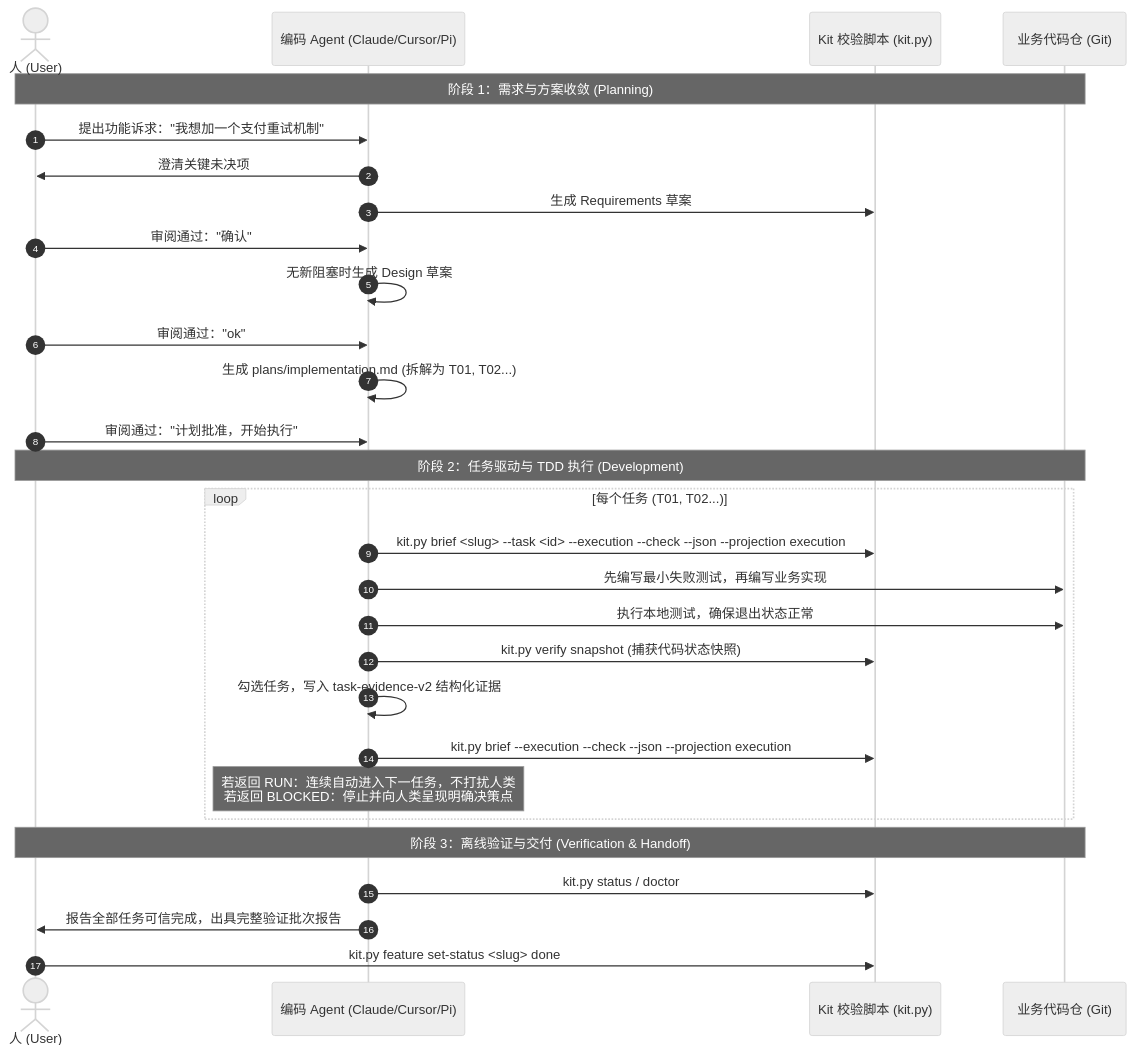
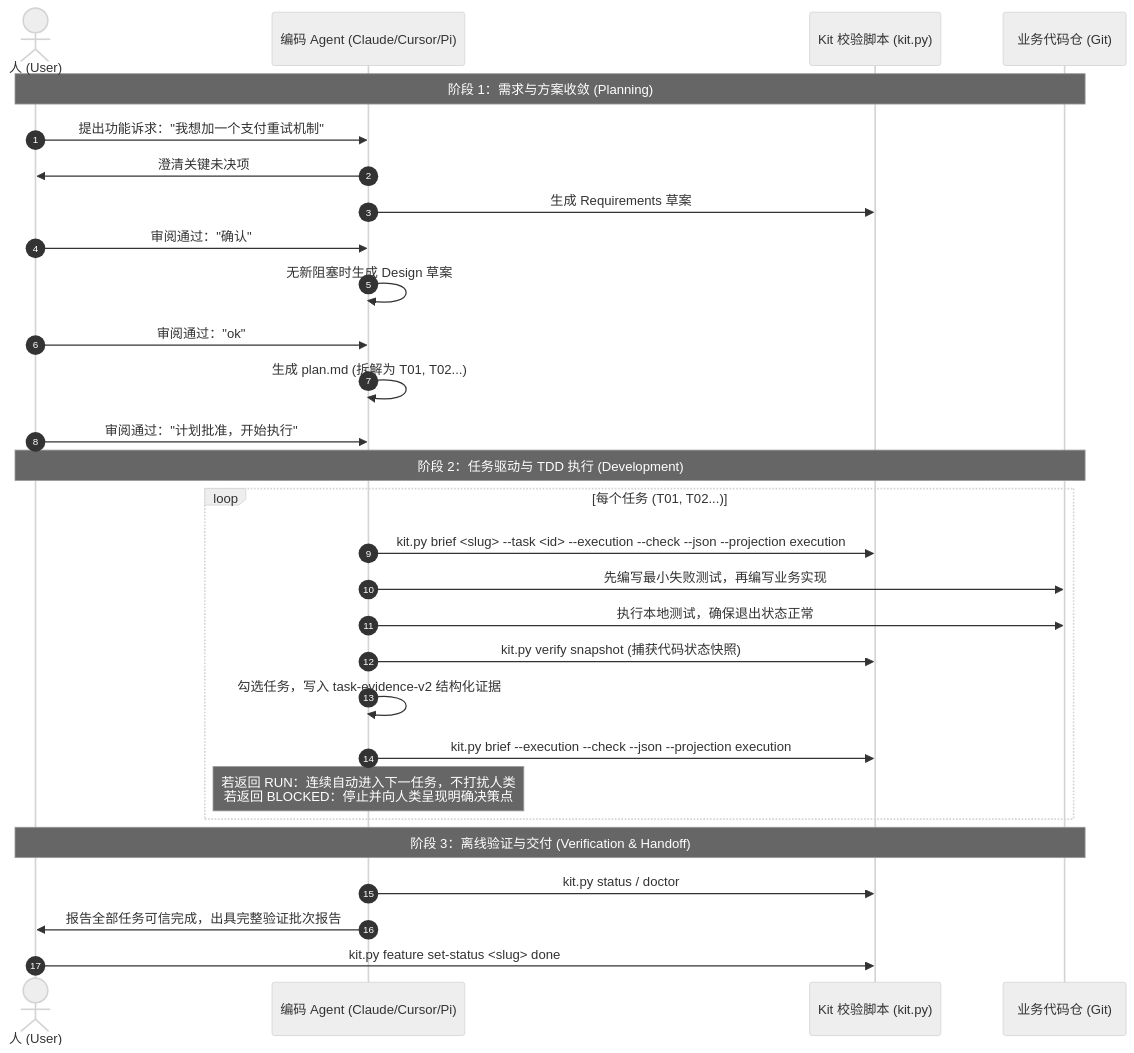
One commit to sandy-hmb/agent-workbench changed the second of 2 diagrams in docs/guides/first-feature.md. Above: the diagram before and after it, drawn with Mermaid (neutral theme). The commit also changed other lines of this file and 33 other files, not shown here.

````diff
--- a/docs/guides/first-feature.md
+++ b/docs/guides/first-feature.md
@@ -47,34 +53,34 @@
 ```mermaid
 sequenceDiagram
     autonumber
     actor H as 人 (User)
     participant A as 编码 Agent (Claude/Cursor/Pi)
     participant K as Kit 校验脚本 (kit.py)
     participant R as 业务代码仓 (Git)
 
     Note over H, R: 阶段 1：需求与方案收敛 (Planning)
     H->>A: 提出功能诉求："我想加一个支付重试机制"
     A->>H: 澄清关键未决项
     A->>K: 生成 Requirements 草案
     H->>A: 审阅通过："确认"
     A->>A: 无新阻塞时生成 Design 草案
     H->>A: 审阅通过："ok"
-    A->>A: 生成 plans/implementation.md (拆解为 T01, T02...)
+    A->>A: 生成 plan.md (拆解为 T01, T02...)
     H->>A: 审阅通过："计划批准，开始执行"
 
     Note over H, R: 阶段 2：任务驱动与 TDD 执行 (Development)
     loop 每个任务 (T01, T02...)
         A->>K: kit.py brief <slug> --task <id> --execution --check --json --projection execution
         A->>R: 先编写最小失败测试，再编写业务实现
         A->>R: 执行本地测试，确保退出状态正常
         A->>K: kit.py verify snapshot (捕获代码状态快照)
         A->>A: 勾选任务，写入 task-evidence-v2 结构化证据
         A->>K: kit.py brief --execution --check --json --projection execution
         Note over A: 若返回 RUN：连续自动进入下一任务，不打扰人类<br>若返回 BLOCKED：停止并向人类呈现明确决策点
     end
 
     Note over H, R: 阶段 3：离线验证与交付 (Verification & Handoff)
     A->>K: kit.py status / doctor
     A->>H: 报告全部任务可信完成，出具完整验证批次报告
     H->>K: kit.py feature set-status <slug> done
 ```
````
